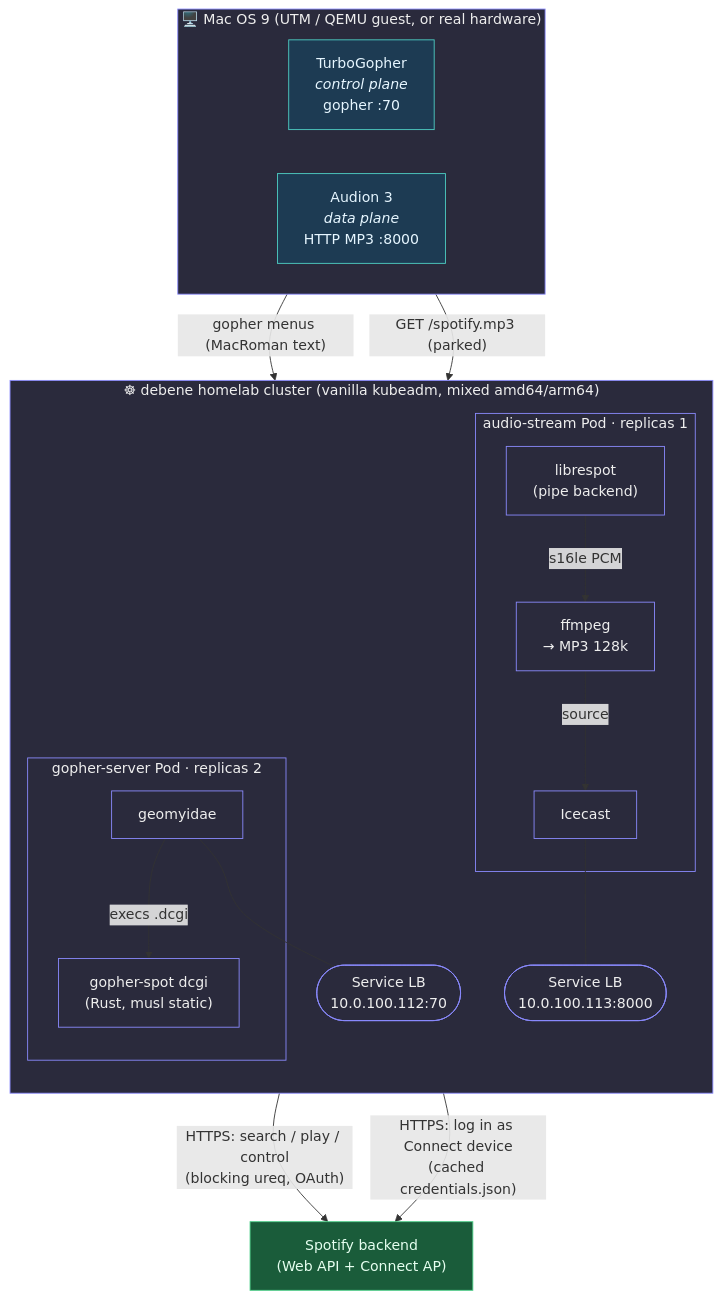
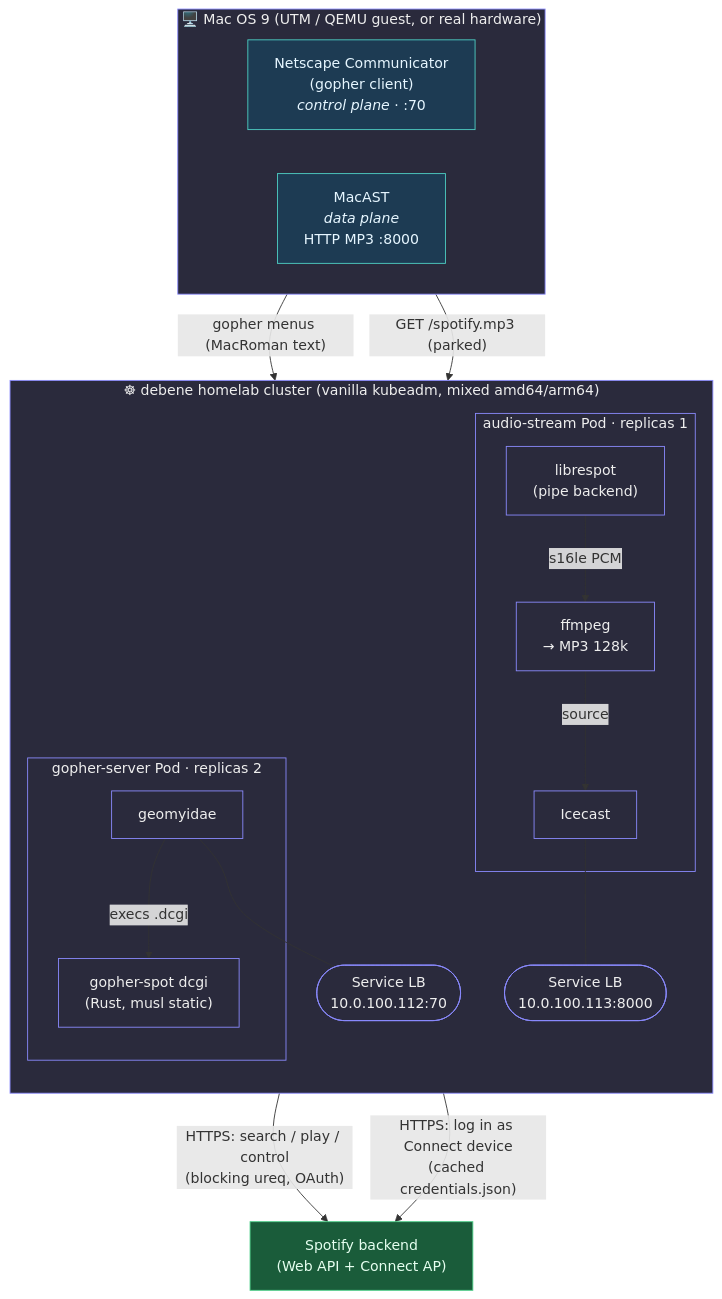
Before and after one commit to felipedbene/gopher-spot: the first of 6 diagrams in README.md, drawn with Mermaid. The commit also changed other lines of this file and 8 other files, not shown here.

First line of the commit message:
docs: reconcile client/player with reality (Netscape Communicator + MacAST)

````diff
--- a/README.md
+++ b/README.md
@@ -40,36 +41,36 @@
 ```mermaid
 flowchart TB
     subgraph os9["🖥️  Mac OS 9  (UTM / QEMU guest, or real hardware)"]
         direction LR
-        TG["TurboGopher<br/><i>control plane</i><br/>gopher :70"]
-        AU["Audion 3<br/><i>data plane</i><br/>HTTP MP3 :8000"]
+        TG["Netscape Communicator<br/>(gopher client)<br/><i>control plane</i> · :70"]
+        AU["MacAST<br/><i>data plane</i><br/>HTTP MP3 :8000"]
     end
 
     subgraph k8s["☸  debene homelab cluster  (vanilla kubeadm, mixed amd64/arm64)"]
         direction TB
         subgraph gsp["gopher-server Pod ·  replicas 2"]
             GEO["geomyidae"] -->|execs .dcgi| DCGI["gopher-spot dcgi<br/>(Rust, musl static)"]
         end
         subgraph asp["audio-stream Pod ·  replicas 1"]
             LS["librespot<br/>(pipe backend)"] -->|s16le PCM| FF["ffmpeg<br/>→ MP3 128k"] -->|source| IC["Icecast"]
         end
         LB1(["Service LB<br/>10.0.100.112:70"])
         LB2(["Service LB<br/>10.0.100.113:8000"])
         GEO --- LB1
         IC --- LB2
     end
 
     SPOT["Spotify backend<br/>(Web API + Connect AP)"]
 
     TG -- "gopher menus (MacRoman text)" --> LB1
     AU -- "GET /spotify.mp3 (parked)" --> LB2
     DCGI -- "HTTPS: search / play / control<br/>(blocking ureq, OAuth)" --> SPOT
     LS  -- "HTTPS: log in as Connect device<br/>(cached credentials.json)" --> SPOT
 
     classDef os fill:#1d3b53,stroke:#4fd1c5,color:#e6f6ff
     classDef cluster fill:#2a2a3c,stroke:#8b8bff,color:#eee
     classDef ext fill:#1a5c3a,stroke:#4fd18b,color:#e6fff0
     class TG,AU os
     class GEO,DCGI,LS,FF,IC,LB1,LB2 cluster
     class SPOT ext
 ```
````
